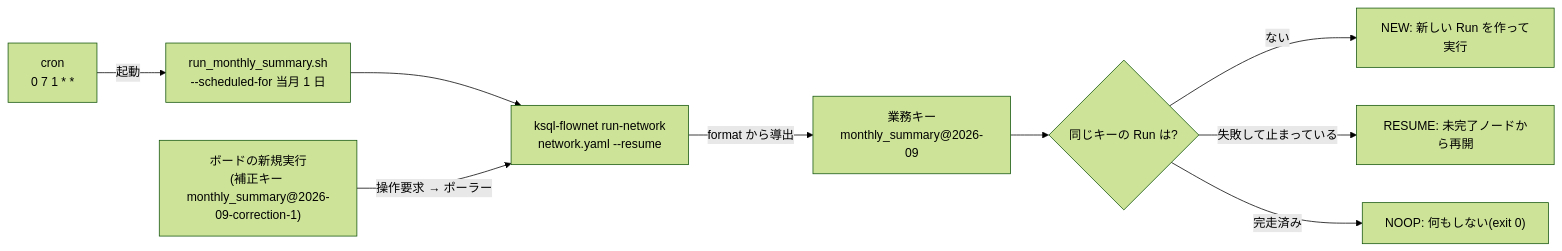
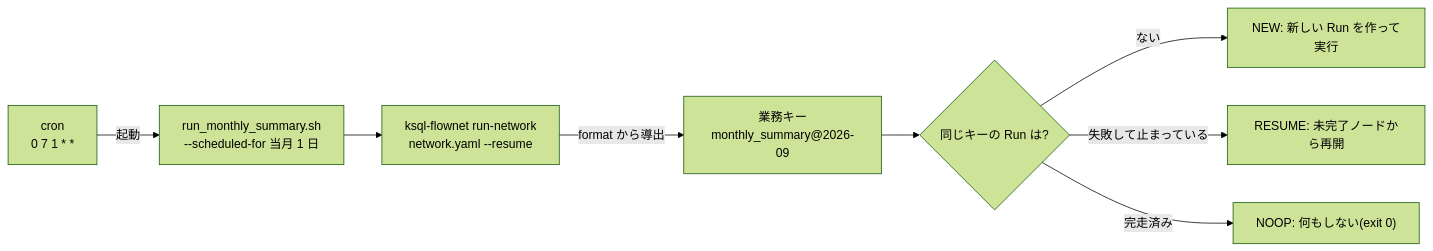
The third of 3 diagrams in docs/internal/qiita-draft.md (rex0220/ksql-flownet), drawn with Mermaid (forest theme) before and after one commit. The commit also changed other lines of this file and 1 other file, not shown here.

Commit message:
docs: Qiita 下書き第5巡 — START を --resume 経路から分離(図から外し本文で別経路として説明)、翌月 cron は前月を再開しない、完走済み過去分は NOOP、exit code は非 0、起票はボードまたは操作要求アプリ

````diff
--- a/docs/internal/qiita-draft.md
+++ b/docs/internal/qiita-draft.md
@@ -175,11 +175,10 @@
 ```mermaid
 flowchart LR
   CRON["cron<br>0 7 1 * *"] -->|"起動"| SH["run_monthly_summary.sh<br>--scheduled-for 当月 1 日"]
   SH --> RN["ksql-flownet run-network<br>network.yaml --resume"]
   RN -->|"format から導出"| KEY["業務キー<br>monthly_summary@2026-09"]
   KEY --> ENSURE{"同じキーの Run は?"}
   ENSURE -->|"ない"| NEW["NEW: 新しい Run を作って実行"]
   ENSURE -->|"失敗して止まっている"| RESUME["RESUME: 未完了ノードから再開"]
   ENSURE -->|"完走済み"| NOOP["NOOP: 何もしない(exit 0)"]
-  BOARD["ボードの新規実行<br>(補正キー monthly_summary@2026-09-correction-1)"] -->|"操作要求 → ポーラー"| RN
 ```
````
